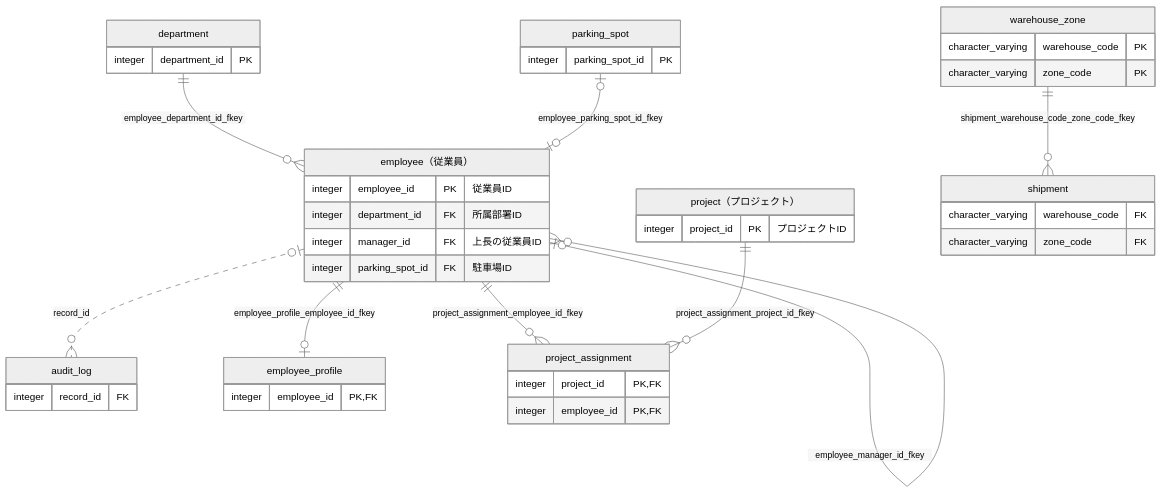
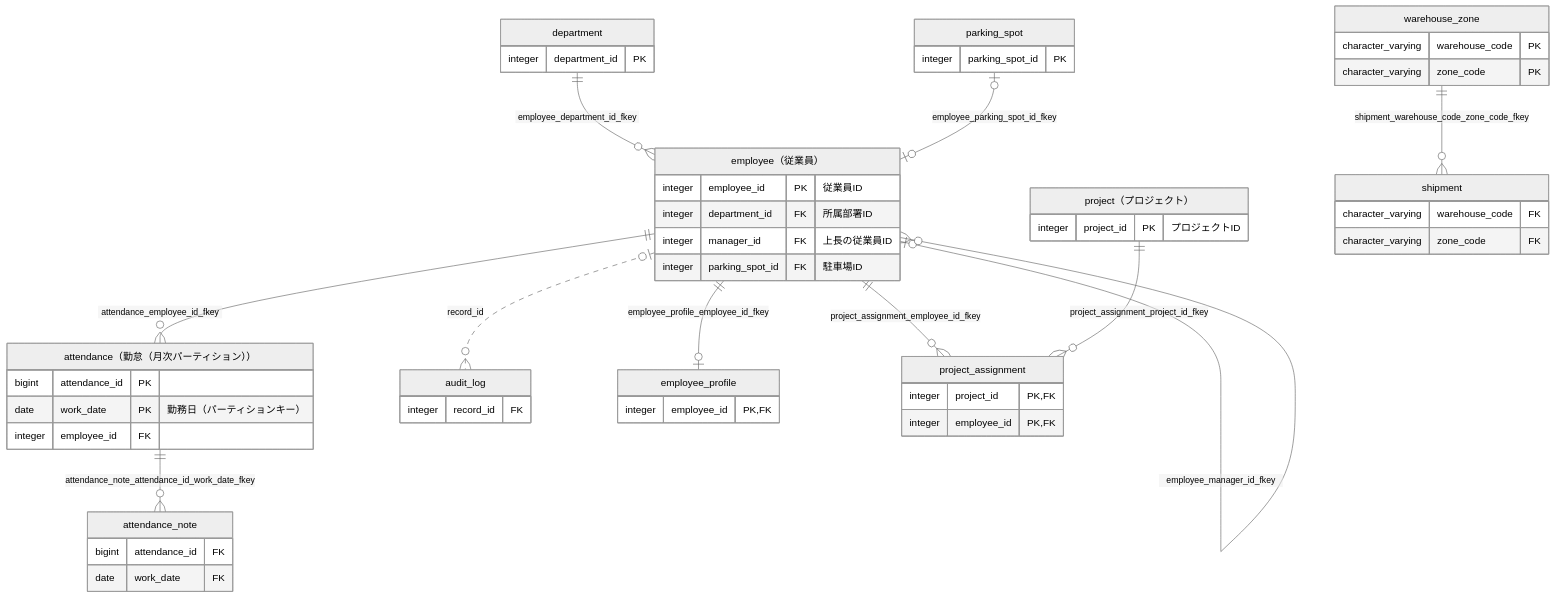
The diagram in docs/sample/postgres/output/testdb/erDiagram_testdb_sample.md (ebichan88/exportTableDefinition), drawn with Mermaid (neutral theme) before and after one commit. The commit also changed other lines of this file and 50 other files, not shown here.

````diff
--- a/docs/sample/postgres/output/testdb/erDiagram_testdb_sample.md
+++ b/docs/sample/postgres/output/testdb/erDiagram_testdb_sample.md
@@ -11,53 +11,66 @@
 ```mermaid
 erDiagram
+    sample_attendance["attendance（勤怠（月次パーティション））"]
+    sample_attendance_note["attendance_note"]
     sample_audit_log["audit_log"]
     sample_department["department"]
     sample_employee["employee（従業員）"]
     sample_employee_profile["employee_profile"]
     sample_parking_spot["parking_spot"]
     sample_project["project（プロジェクト）"]
     sample_project_assignment["project_assignment"]
     sample_shipment["shipment"]
     sample_warehouse_zone["warehouse_zone"]
+    sample_employee ||--o{ sample_attendance : "attendance_employee_id_fkey"
+    sample_attendance ||--o{ sample_attendance_note : "attendance_note_attendance_id_work_date_fkey"
     sample_department ||--o{ sample_employee : "employee_department_id_fkey"
     sample_employee |o--o{ sample_employee : "employee_manager_id_fkey"
     sample_parking_spot |o--o| sample_employee : "employee_parking_spot_id_fkey"
     sample_employee ||--o| sample_employee_profile : "employee_profile_employee_id_fkey"
     sample_employee ||--o{ sample_project_assignment : "project_assignment_employee_id_fkey"
     sample_project ||--o{ sample_project_assignment : "project_assignment_project_id_fkey"
     sample_warehouse_zone ||--o{ sample_shipment : "shipment_warehouse_code_zone_code_fkey"
     sample_employee |o..o{ sample_audit_log : "record_id"
+    sample_attendance {
+        bigint attendance_id PK
+        date work_date PK "勤務日（パーティションキー）"
+        integer employee_id FK
+    }
+    sample_attendance_note {
+        bigint attendance_id FK
+        date work_date FK
+    }
     sample_audit_log {
         integer record_id FK
     }
     sample_department {
         integer department_id PK
     }
     sample_employee {
         integer employee_id PK "従業員ID"
         integer department_id FK "所属部署ID"
         integer manager_id FK "上長の従業員ID"
         integer parking_spot_id FK "駐車場ID"
     }
     sample_employee_profile {
         integer employee_id PK, FK
     }
     sample_parking_spot {
         integer parking_spot_id PK
     }
     sample_project {
         integer project_id PK "プロジェクトID"
     }
     sample_project_assignment {
         integer project_id PK, FK
         integer employee_id PK, FK
     }
     sample_shipment {
         character_varying warehouse_code FK
         character_varying zone_code FK
     }
     sample_warehouse_zone {
         character_varying warehouse_code PK
         character_varying zone_code PK
     }
 ```
````
